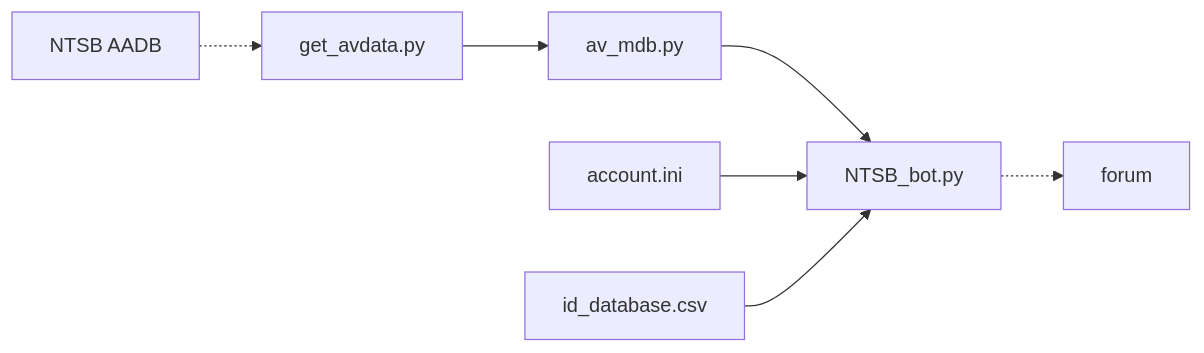
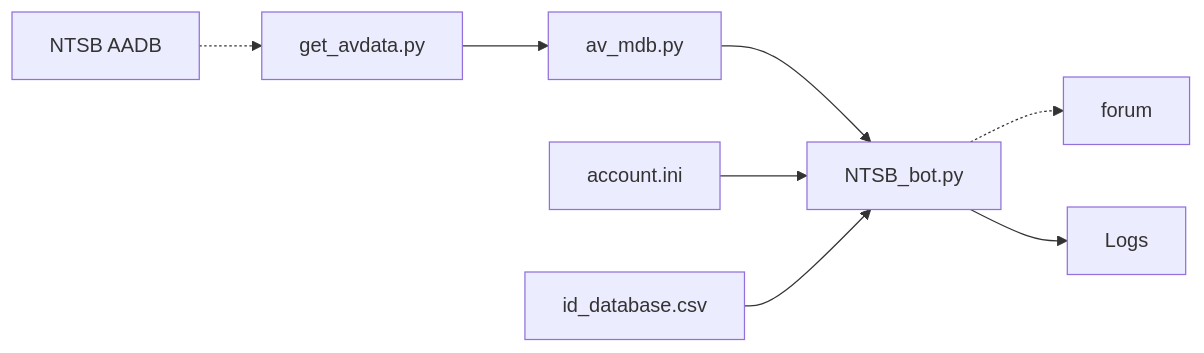
The diagram in README.md (ZX-80/NTSB-Bot), drawn with Mermaid before and after one commit. The commit also changed other lines of this file, not shown here.

Commit message:
add Logs directory

````diff
--- a/README.md
+++ b/README.md
@@ -28,6 +29,6 @@
 ```mermaid
 graph LR;
     0["NTSB AADB"] -.-> 1["get_avdata.py"] --> 2["av_mdb.py"] --> 3["NTSB_bot.py"] -.-> 6["forum"]
-    4["account.ini"]--> 3
+    4["account.ini"]--> 3 --> 7["Logs"]
     5["id_database.csv"] --> 3
 ```
````
